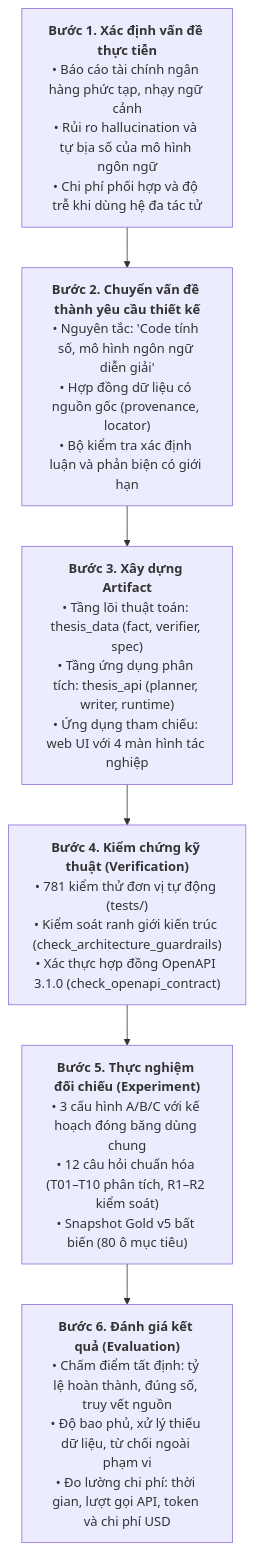
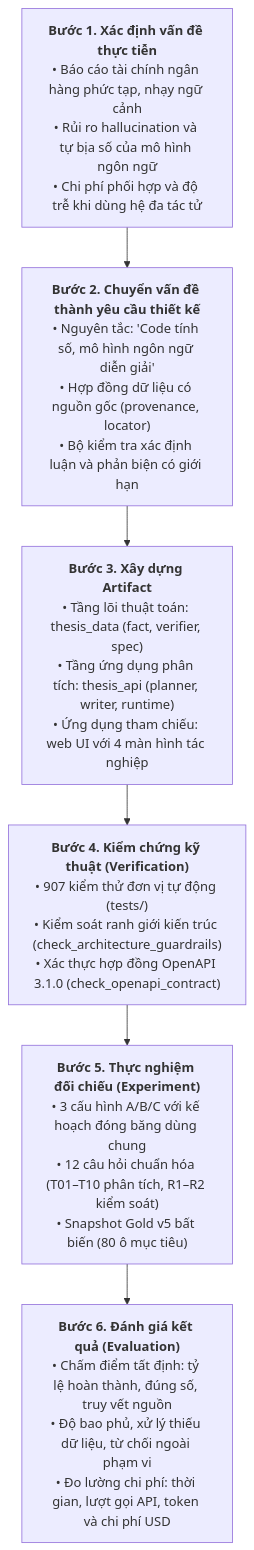
One commit to thaicuong576/final-thesis changed the first of 3 diagrams in docs/thesis-v2/chuong-3-phuong-phap.md. Above: the diagram before and after it, drawn with Mermaid. The commit also changed other lines of this file and 6 other files, not shown here.

````diff
--- a/docs/thesis-v2/chuong-3-phuong-phap.md
+++ b/docs/thesis-v2/chuong-3-phuong-phap.md
@@ -30,16 +30,16 @@
 ```mermaid
 flowchart TD
     S1["<b>Bước 1. Xác định vấn đề thực tiễn</b><br/>• Báo cáo tài chính ngân hàng phức tạp, nhạy ngữ cảnh<br/>• Rủi ro hallucination và tự bịa số của mô hình ngôn ngữ<br/>• Chi phí phối hợp và độ trễ khi dùng hệ đa tác tử"]
     
     S2["<b>Bước 2. Chuyển vấn đề thành yêu cầu thiết kế</b><br/>• Nguyên tắc: 'Code tính số, mô hình ngôn ngữ diễn giải'<br/>• Hợp đồng dữ liệu có nguồn gốc (provenance, locator)<br/>• Bộ kiểm tra xác định luận và phản biện có giới hạn"]
     
     S3["<b>Bước 3. Xây dựng Artifact</b><br/>• Tầng lõi thuật toán: thesis_data (fact, verifier, spec)<br/>• Tầng ứng dụng phân tích: thesis_api (planner, writer, runtime)<br/>• Ứng dụng tham chiếu: web UI với 4 màn hình tác nghiệp"]
     
-    S4["<b>Bước 4. Kiểm chứng kỹ thuật (Verification)</b><br/>• 781 kiểm thử đơn vị tự động (tests/)<br/>• Kiểm soát ranh giới kiến trúc (check_architecture_guardrails)<br/>• Xác thực hợp đồng OpenAPI 3.1.0 (check_openapi_contract)"]
+    S4["<b>Bước 4. Kiểm chứng kỹ thuật (Verification)</b><br/>• 907 kiểm thử đơn vị tự động (tests/)<br/>• Kiểm soát ranh giới kiến trúc (check_architecture_guardrails)<br/>• Xác thực hợp đồng OpenAPI 3.1.0 (check_openapi_contract)"]
     
     S5["<b>Bước 5. Thực nghiệm đối chiếu (Experiment)</b><br/>• 3 cấu hình A/B/C với kế hoạch đóng băng dùng chung<br/>• 12 câu hỏi chuẩn hóa (T01–T10 phân tích, R1–R2 kiểm soát)<br/>• Snapshot Gold v5 bất biến (80 ô mục tiêu)"]
     
     S6["<b>Bước 6. Đánh giá kết quả (Evaluation)</b><br/>• Chấm điểm tất định: tỷ lệ hoàn thành, đúng số, truy vết nguồn<br/>• Độ bao phủ, xử lý thiếu dữ liệu, từ chối ngoài phạm vi<br/>• Đo lường chi phí: thời gian, lượt gọi API, token và chi phí USD"]
 
     S1 --> S2 --> S3 --> S4 --> S5 --> S6
 ```
````
